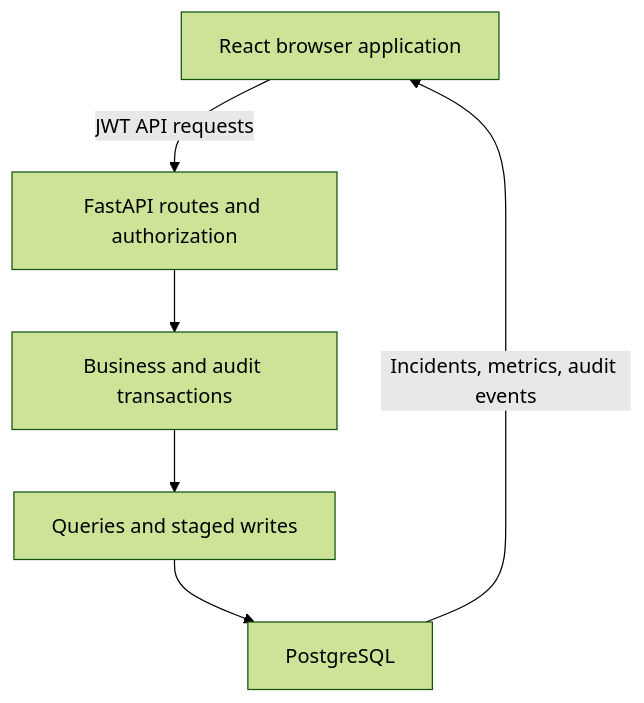
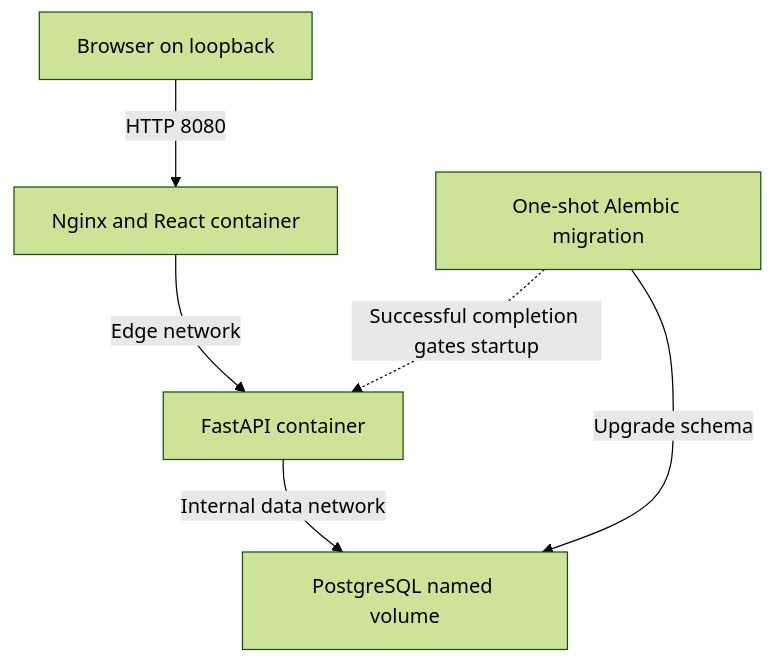
One commit to AJooujee/Software_Engineering_Career_Projects changed the first of 3 diagrams in cloud-deployed-full-stack-system/docs/architecture.md. Above: the diagram before and after it, drawn with Mermaid (forest theme). The commit also changed other lines of this file and 10 other files, not shown here.

````diff
--- a/cloud-deployed-full-stack-system/docs/architecture.md
+++ b/cloud-deployed-full-stack-system/docs/architecture.md
@@ -13,14 +11,14 @@
 ```mermaid
 flowchart TD
-    Browser["React browser application"]
-    API["FastAPI routes and authorization"]
-    Services["Business and audit transactions"]
-    Repositories["Queries and staged writes"]
-    Database["PostgreSQL"]
+    Browser["Browser on loopback"]
+    Nginx["Nginx and React container"]
+    API["FastAPI container"]
+    Migration["One-shot Alembic migration"]
+    Database["PostgreSQL named volume"]
 
-    Browser -->|JWT API requests| API
-    API --> Services
-    Services --> Repositories
-    Repositories --> Database
-    Database -->|Incidents, metrics, audit events| Browser
+    Browser -->|HTTP 8080| Nginx
+    Nginx -->|Edge network| API
+    API -->|Internal data network| Database
+    Migration -->|Upgrade schema| Database
+    Migration -.->|Successful completion gates startup| API
 ```
````
